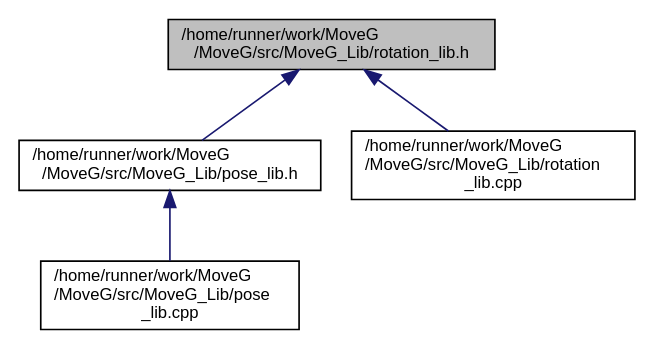
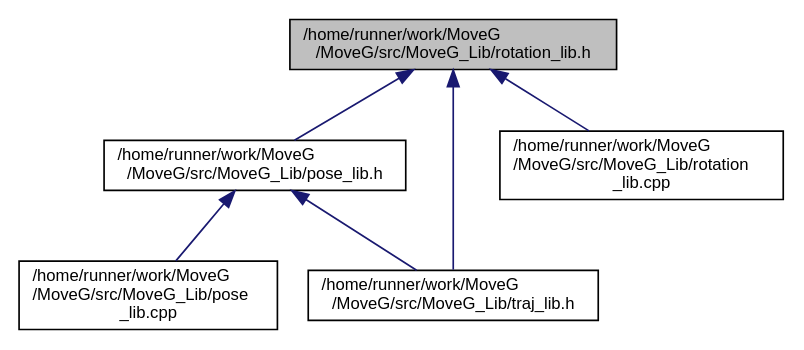
One commit to GiorgioMedico/MoveG changed the diagram in rotation__lib_8h__dep__incl.dot. Above: the diagram before and after it, drawn with Graphviz. The commit also changed 52 other files, not shown here.

```diff
--- a/rotation__lib_8h__dep__incl.dot
+++ b/rotation__lib_8h__dep__incl.dot
@@ -1,13 +1,16 @@
 digraph "/home/runner/work/MoveG/MoveG/src/MoveG_Lib/rotation_lib.h"
 {
  // LATEX_PDF_SIZE
   edge [fontname="Helvetica",fontsize="10",labelfontname="Helvetica",labelfontsize="10"];
   node [fontname="Helvetica",fontsize="10",shape=record];
   Node1 [label="/home/runner/work/MoveG\l/MoveG/src/MoveG_Lib/rotation_lib.h",height=0.2,width=0.4,color="black", fillcolor="grey75", style="filled", fontcolor="black",tooltip="Classe per la rappresentazione e manipolazione di rotazioni in 3D."];
   Node1 -> Node2 [dir="back",color="midnightblue",fontsize="10",style="solid",fontname="Helvetica"];
   Node2 [label="/home/runner/work/MoveG\l/MoveG/src/MoveG_Lib/pose_lib.h",height=0.2,width=0.4,color="black", fillcolor="white", style="filled",URL="$pose__lib_8h.html",tooltip="Classe per la rappresentazione di Pose."];
   Node2 -> Node3 [dir="back",color="midnightblue",fontsize="10",style="solid",fontname="Helvetica"];
   Node3 [label="/home/runner/work/MoveG\l/MoveG/src/MoveG_Lib/pose\l_lib.cpp",height=0.2,width=0.4,color="black", fillcolor="white", style="filled",URL="$pose__lib_8cpp.html",tooltip="Classe per la rappresentazione di Pose."];
+  Node2 -> Node4 [dir="back",color="midnightblue",fontsize="10",style="solid",fontname="Helvetica"];
+  Node4 [label="/home/runner/work/MoveG\l/MoveG/src/MoveG_Lib/traj_lib.h",height=0.2,width=0.4,color="black", fillcolor="white", style="filled",URL="$traj__lib_8h.html",tooltip="Classe per la rappresentazione di Traiettorie."];
+  Node1 -> Node5 [dir="back",color="midnightblue",fontsize="10",style="solid",fontname="Helvetica"];
+  Node5 [label="/home/runner/work/MoveG\l/MoveG/src/MoveG_Lib/rotation\l_lib.cpp",height=0.2,width=0.4,color="black", fillcolor="white", style="filled",URL="$rotation__lib_8cpp.html",tooltip="Classe per la rappresentazione e manipolazione di rotazioni in 3D."];
   Node1 -> Node4 [dir="back",color="midnightblue",fontsize="10",style="solid",fontname="Helvetica"];
-  Node4 [label="/home/runner/work/MoveG\l/MoveG/src/MoveG_Lib/rotation\l_lib.cpp",height=0.2,width=0.4,color="black", fillcolor="white", style="filled",URL="$rotation__lib_8cpp.html",tooltip="Classe per la rappresentazione e manipolazione di rotazioni in 3D."];
 }
```
